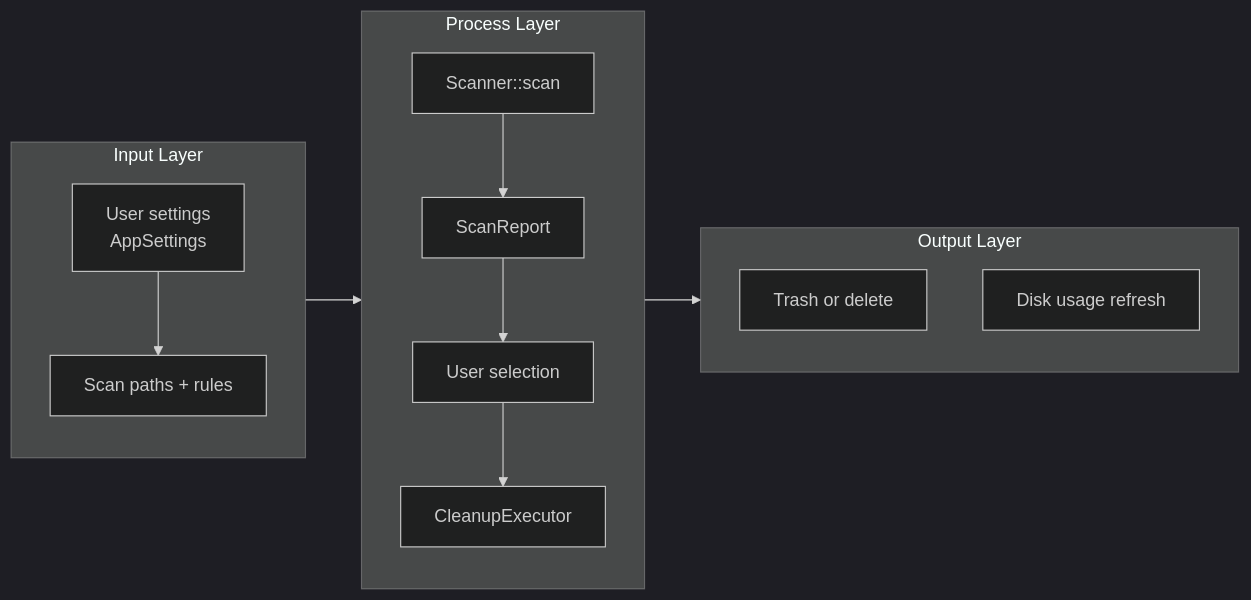
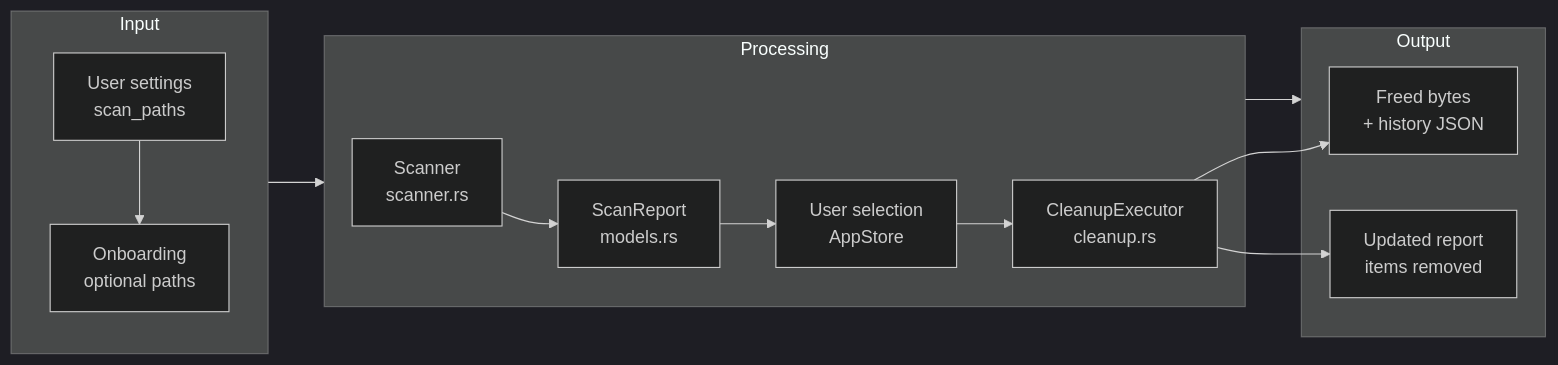
The first of 5 diagrams in .terrain/human/3.Workflows.md (sopaco/CLV3000-Plus), drawn with Mermaid (dark theme) before and after one commit. The commit also changed other lines of this file and 14 other files, not shown here.

````diff
--- a/.terrain/human/3.Workflows.md
+++ b/.terrain/human/3.Workflows.md
@@ -17,16 +11,16 @@
 ```mermaid
 flowchart LR
-    subgraph inputLayer["Input Layer"]
-        A["User settings<br/>AppSettings"] --> B["Scan paths + rules"]
+    subgraph inputLayer ["Input"]
+        A["User settings<br/>scan_paths"] --> B["Onboarding<br/>optional paths"]
     end
-    subgraph processLayer["Process Layer"]
-        C["Scanner::scan"] --> D["ScanReport"]
-        D --> E["User selection"]
-        E --> F["CleanupExecutor"]
+    subgraph processLayer ["Processing"]
+        C["Scanner<br/>scanner.rs"] --> D["ScanReport<br/>models.rs"]
+        D --> E["User selection<br/>AppStore"]
+        E --> F["CleanupExecutor<br/>cleanup.rs"]
     end
-    subgraph outputLayer["Output Layer"]
-        G["Trash or delete"]
-        H["Disk usage refresh"]
+    subgraph outputLayer ["Output"]
+        F --> G["Freed bytes<br/>+ history JSON"]
+        F --> H["Updated report<br/>items removed"]
     end
     inputLayer --> processLayer --> outputLayer
 ```
````
